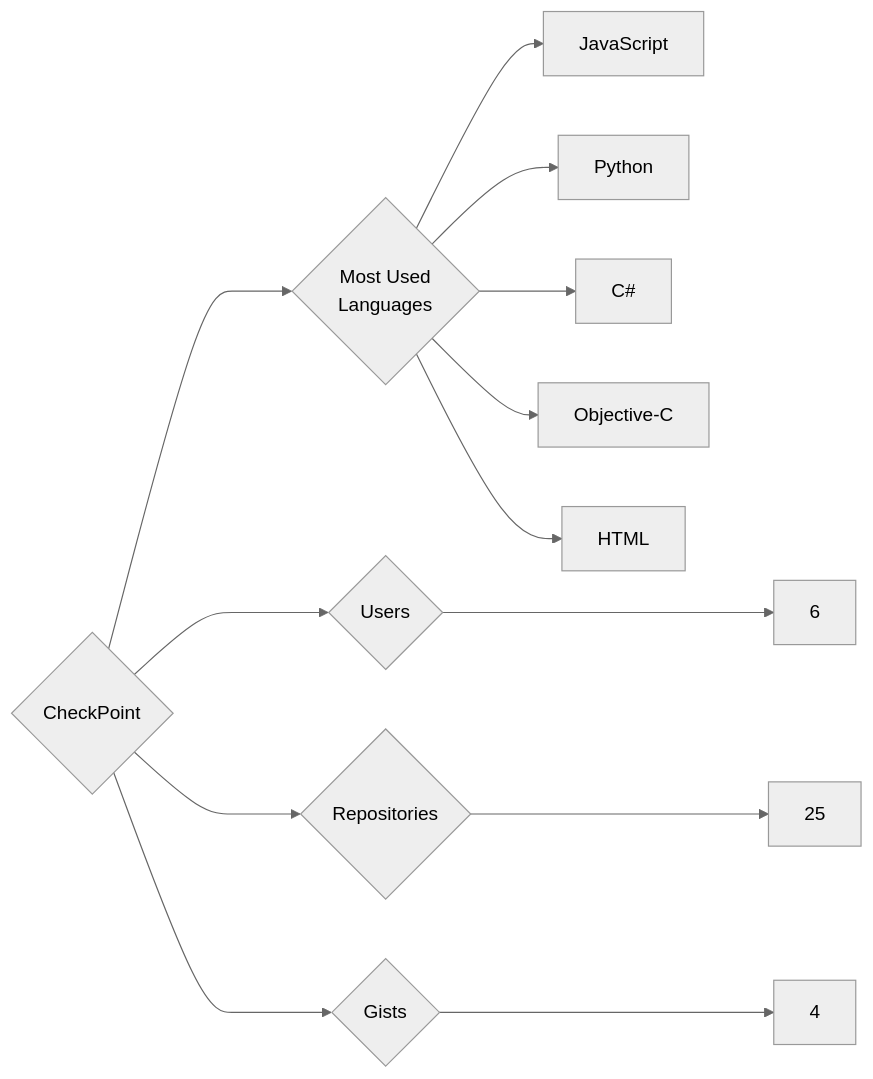
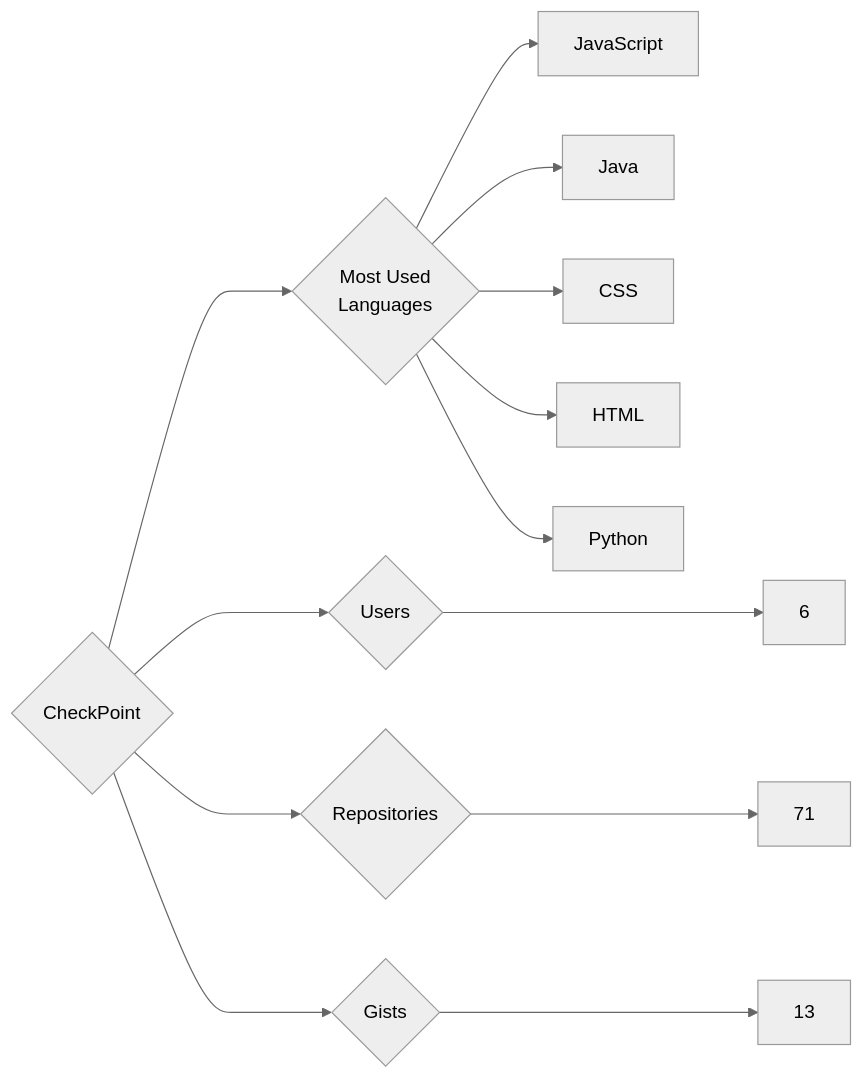
Before and after one commit to trickest/insiders: the diagram in targets/CheckPoint/README.md, drawn with Mermaid (neutral theme). The commit also changed 845 other files, not shown here.

````diff
--- a/targets/CheckPoint/README.md
+++ b/targets/CheckPoint/README.md
@@ -3,13 +3,13 @@
 ```mermaid
 graph LR
 COMPANY_NAME{CheckPoint}
 COMPANY_NAME ---> U{Users} ---> UN[6]
-COMPANY_NAME ---> R{Repositories} ---> RN[25]
-COMPANY_NAME ---> G{Gists} ---> GN[4]
+COMPANY_NAME ---> R{Repositories} ---> RN[71]
+COMPANY_NAME ---> G{Gists} ---> GN[13]
 COMPANY_NAME ---> ML{Most Used<br>Languages}
 ML --> JavaScript[JavaScript]
+ML --> Java[Java]
+ML --> CSS[CSS]
+ML --> HTML[HTML]
 ML --> Python[Python]
-ML --> C#[C#]
-ML --> Objective-C[Objective-C]
-ML --> HTML[HTML]
 ```
````
